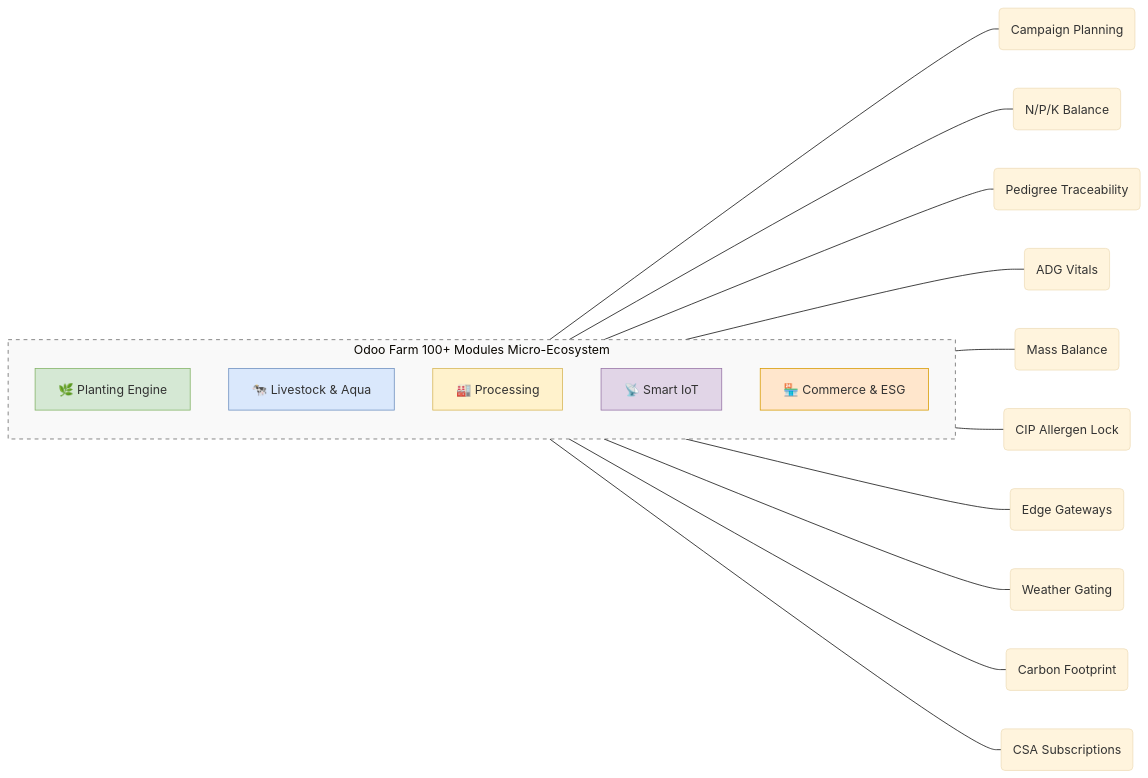
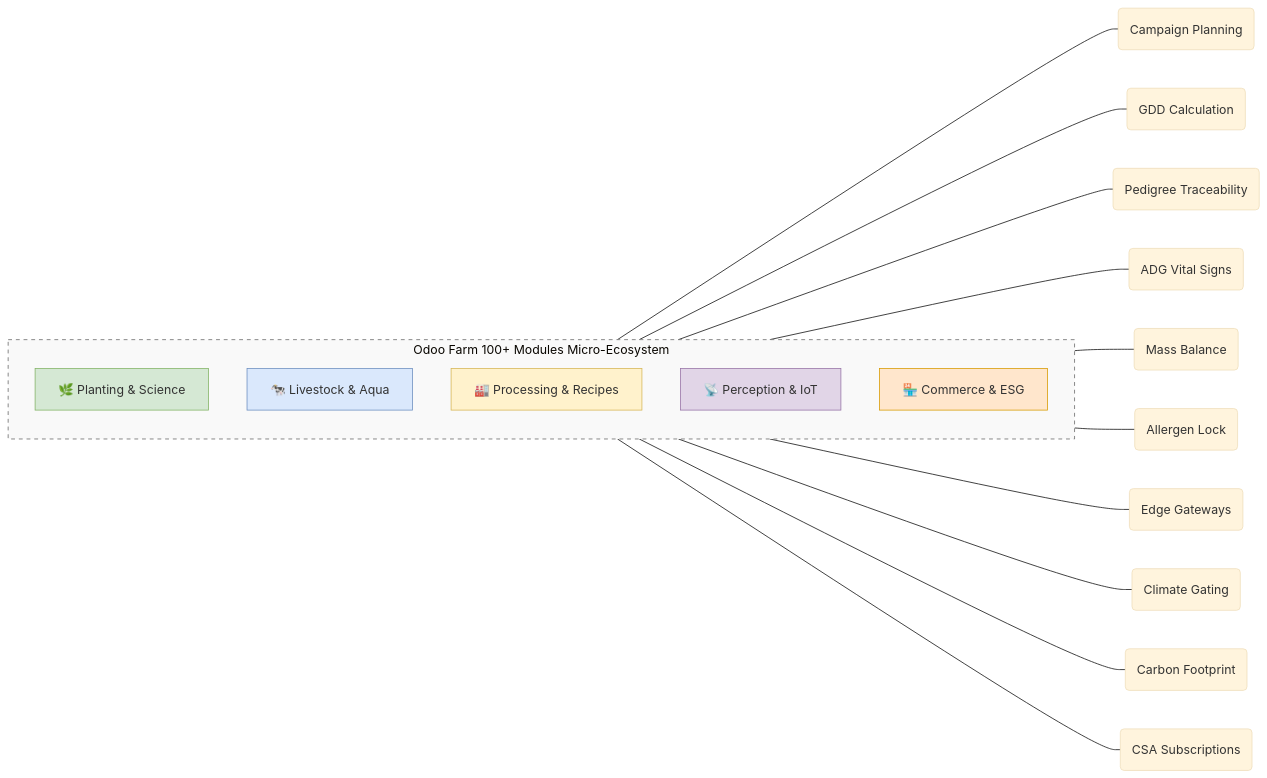
The second of 2 diagrams in README.md (jeffery9/odoo-farm), drawn with Mermaid (base theme) before and after one commit. The commit also changed other lines of this file, not shown here.

````diff
--- a/README.md
+++ b/README.md
@@ -63,24 +63,24 @@
 ```mermaid
 graph LR
     subgraph Eco [Odoo Farm 100+ Modules Micro-Ecosystem]
         direction TB
-        A[🌿 Planting Engine]
+        A[🌿 Planting & Science]
         B[🐄 Livestock & Aqua]
-        C[🏭 Processing]
-        D[📡 Smart IoT]
+        C[🏭 Processing & Recipes]
+        D[📡 Perception & IoT]
         F[🏪 Commerce & ESG]
     end
     
-    A --- A1(Campaign Planning) & A2(N/P/K Balance)
-    B --- B1(Pedigree Traceability) & B2(ADG Vitals)
-    C --- C1(Mass Balance) & C2(CIP Allergen Lock)
-    D --- D1(Edge Gateways) & D2(Weather Gating)
+    A --- A1(Campaign Planning) & A2(GDD Calculation)
+    B --- B1(Pedigree Traceability) & B2(ADG Vital Signs)
+    C --- C1(Mass Balance) & C2(Allergen Lock)
+    D --- D1(Edge Gateways) & D2(Climate Gating)
     F --- F1(Carbon Footprint) & F2(CSA Subscriptions)
     
     style Eco fill:#f9f9f9,stroke:#666666,stroke-dasharray: 5 5
     style A fill:#d5e8d4,stroke:#82b366
     style B fill:#dae8fc,stroke:#6c8ebf
     style C fill:#fff2cc,stroke:#d6b656
     style D fill:#e1d5e7,stroke:#9673a6
     style F fill:#ffe6cc,stroke:#d79b00
 ```
````
